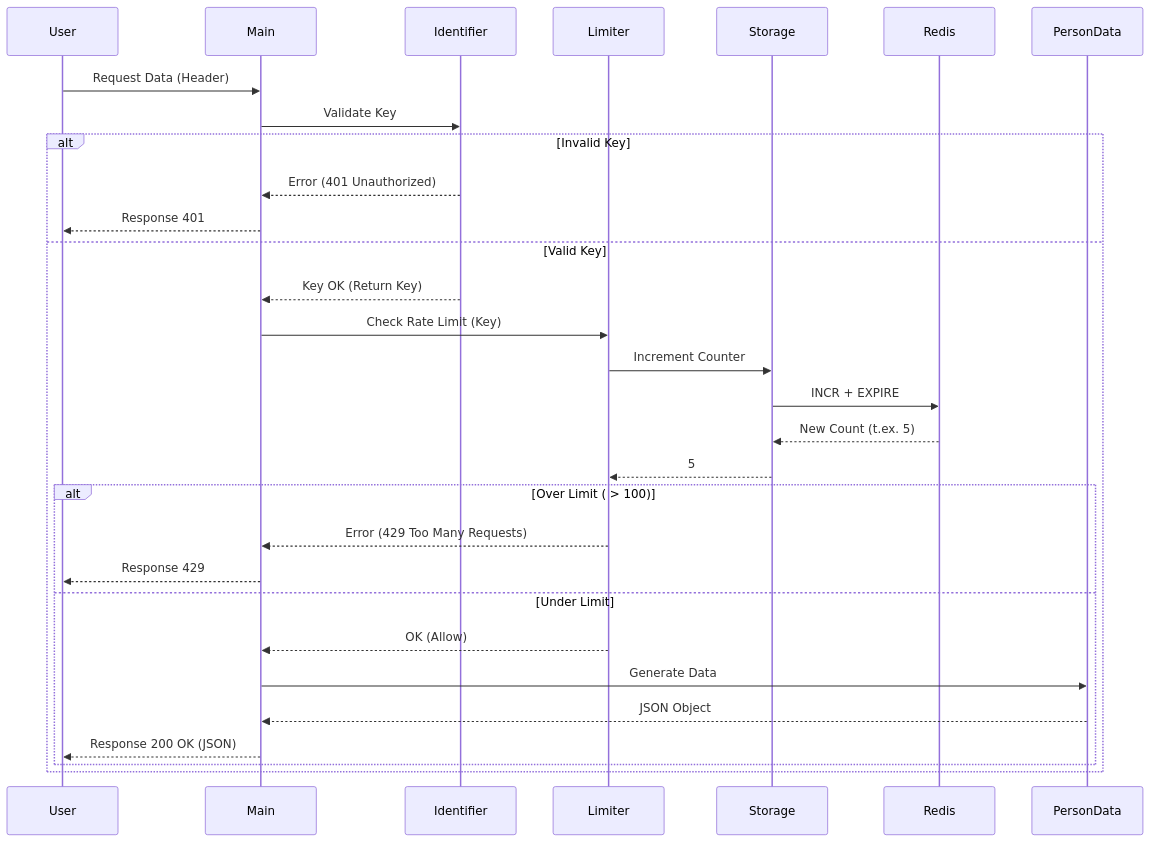
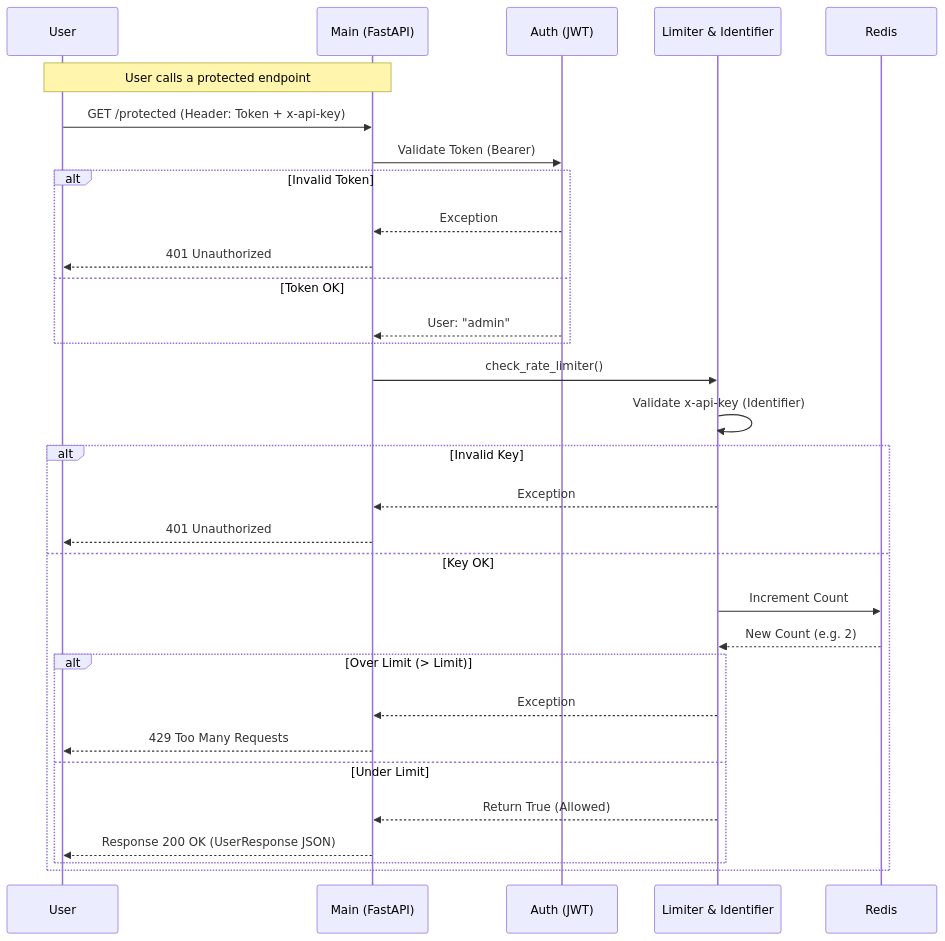
The diagram in diagrams/sequence_diagram.md (JonathanWindell/API-Shell), drawn with Mermaid before and after one commit. The commit also changed 3 other files, not shown here.

Commit message:
Revised diagrams and docker-compose now reads .env file for constants

````diff
--- a/diagrams/sequence_diagram.md
+++ b/diagrams/sequence_diagram.md
@@ -1,37 +1,44 @@
 ```Mermaid
     sequenceDiagram
     participant User
-    participant Main
-    participant Identifier
-    participant Limiter
-    participant Storage
+    participant Main as Main (FastAPI)
+    participant Auth as Auth (JWT)
+    participant Sec as Limiter & Identifier
     participant Redis
-    participant PersonData
 
-    User->>Main: Request Data (Header)
-    Main->>Identifier: Validate Key
+    Note over User, Main: User calls a protected endpoint
+
+    User->>Main: GET /protected (Header: Token + x-api-key)
+    
+    %% Step 1: JWT Validation (Automatic via Depends)
+    Main->>Auth: Validate Token (Bearer)
+    
+    alt Invalid Token
+        Auth-->>Main: Exception
+        Main-->>User: 401 Unauthorized
+    else Token OK
+        Auth-->>Main: User: "admin"
+    end
+
+    %% Step 2: Rate Limiting & API Key (Inside check_rate_limiter)
+    Main->>Sec: check_rate_limiter()
+    Sec->>Sec: Validate x-api-key (Identifier)
     
     alt Invalid Key
-        Identifier-->>Main: Error (401 Unauthorized)
-        Main-->>User: Response 401
-    else Valid Key
-        Identifier-->>Main: Key OK (Return Key)
+        Sec-->>Main: Exception
+        Main-->>User: 401 Unauthorized
+    else Key OK
+        Sec->>Redis: Increment Count
+        Redis-->>Sec: New Count (e.g. 2)
         
-        Main->>Limiter: Check Rate Limit (Key)
-        Limiter->>Storage: Increment Counter
-        Storage->>Redis: INCR + EXPIRE
-        Redis-->>Storage: New Count (t.ex. 5)
-        Storage-->>Limiter: 5
-        
-        alt Over Limit ( > 100)
-            Limiter-->>Main: Error (429 Too Many Requests)
-            Main-->>User: Response 429
+        alt Over Limit (> Limit)
+            Sec-->>Main: Exception
+            Main-->>User: 429 Too Many Requests
         else Under Limit
-            Limiter-->>Main: OK (Allow)
+            Sec-->>Main: Return True (Allowed)
             
-            Main->>PersonData: Generate Data
-            PersonData-->>Main: JSON Object
-            Main-->>User: Response 200 OK (JSON)
+            %% Step 3: Success
+            Main-->>User: Response 200 OK (UserResponse JSON)
         end
     end
 ```
````
